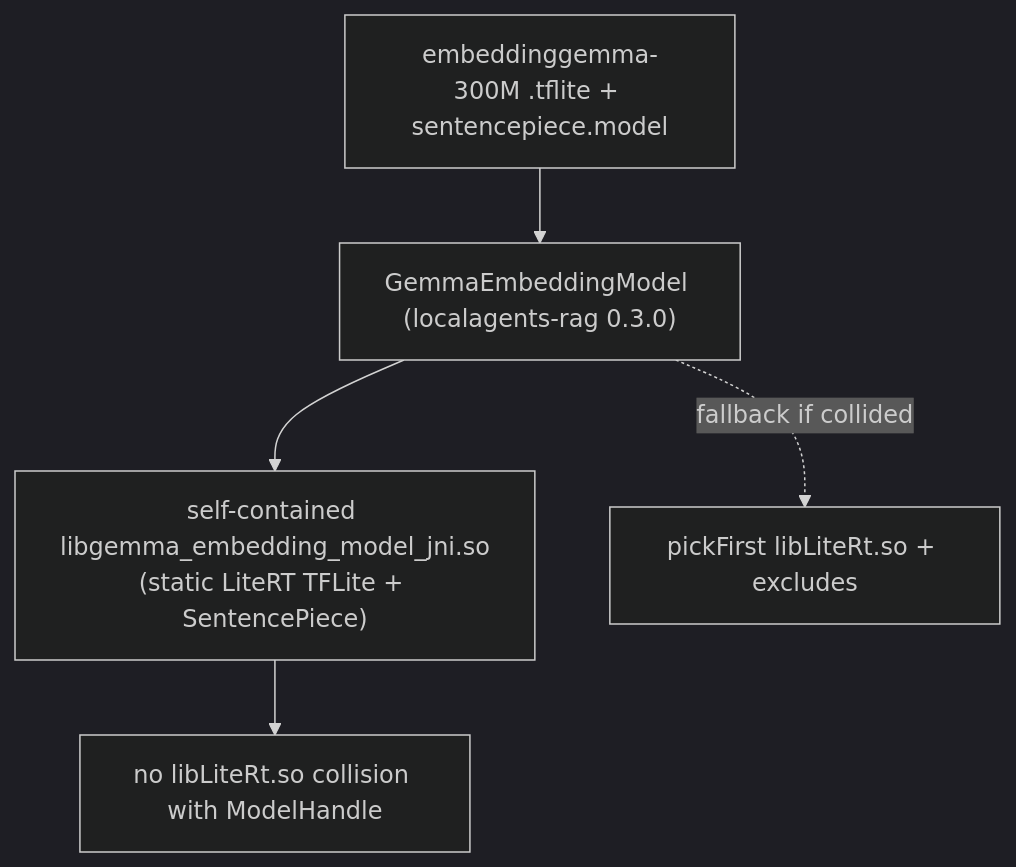
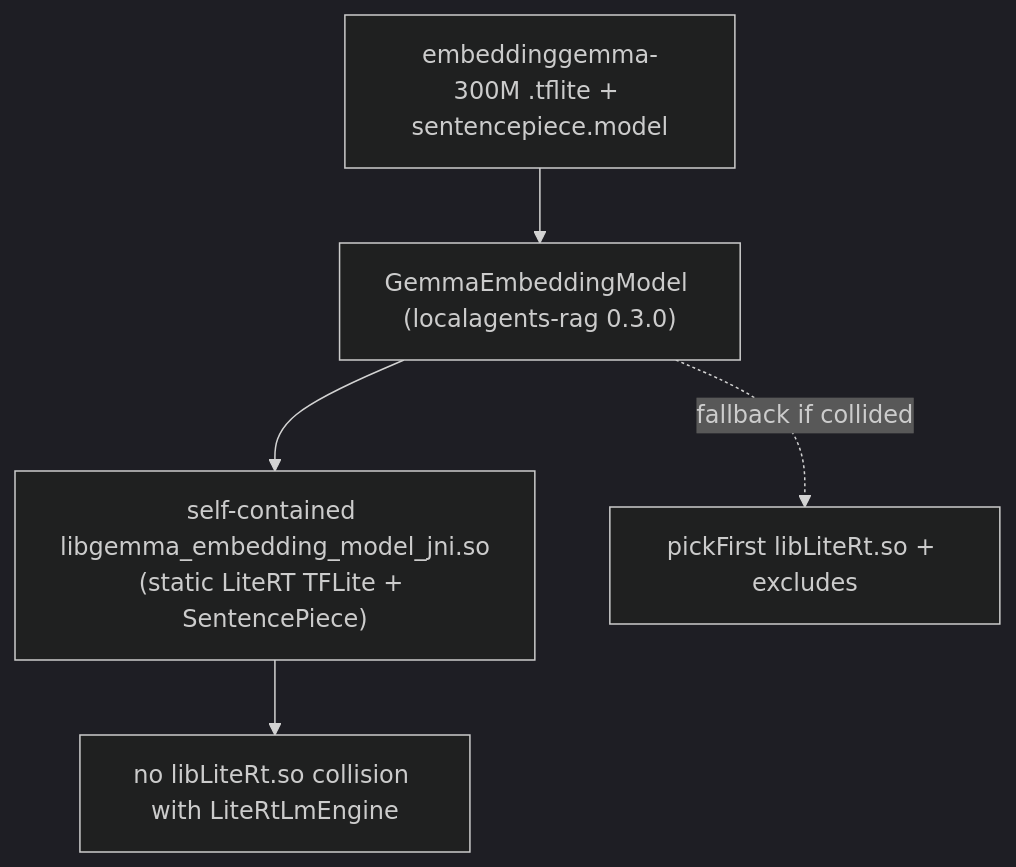
The fifth of 10 diagrams in docs/diagrams/adr-decisions.md (anchildress1/vestige), drawn with Mermaid (dark theme) before and after one commit. The commit also changed other lines of this file and 19 other files, not shown here.

First line of the commit message:
docs: align diagram atlas, stories, README & spec docs to implementation (#62)

````diff
--- a/docs/diagrams/adr-decisions.md
+++ b/docs/diagrams/adr-decisions.md
@@ -200,10 +228,10 @@
 ```mermaid
 flowchart TD
     accTitle: ADR-010 embedder native-library resolution
-    accDescr: The embedder loads via localagents-rag GemmaEmbeddingModel, which statically links LiteRT TFLite and SentencePiece into one self-contained native library, avoiding the libLiteRt.so collision with the LiteRT-LM ModelHandle. A pickFirst plus excludes fallback strategy was the alternative if the collision had occurred.
+    accDescr: The embedder loads via localagents-rag GemmaEmbeddingModel, which statically links LiteRT TFLite and SentencePiece into one self-contained native library, avoiding the libLiteRt.so collision with the LiteRtLmEngine Gemma runtime. A pickFirst plus excludes fallback strategy was the alternative if the collision had occurred.
 
     Art["embeddinggemma-300M .tflite + sentencepiece.model"] --> GEM["GemmaEmbeddingModel (localagents-rag 0.3.0)"]
     GEM --> SO["self-contained libgemma_embedding_model_jni.so<br/>(static LiteRT TFLite + SentencePiece)"]
-    SO --> NoClash["no libLiteRt.so collision with ModelHandle"]
+    SO --> NoClash["no libLiteRt.so collision with LiteRtLmEngine"]
     GEM -. fallback if collided .-> PF["pickFirst libLiteRt.so + excludes"]
 ```
````
